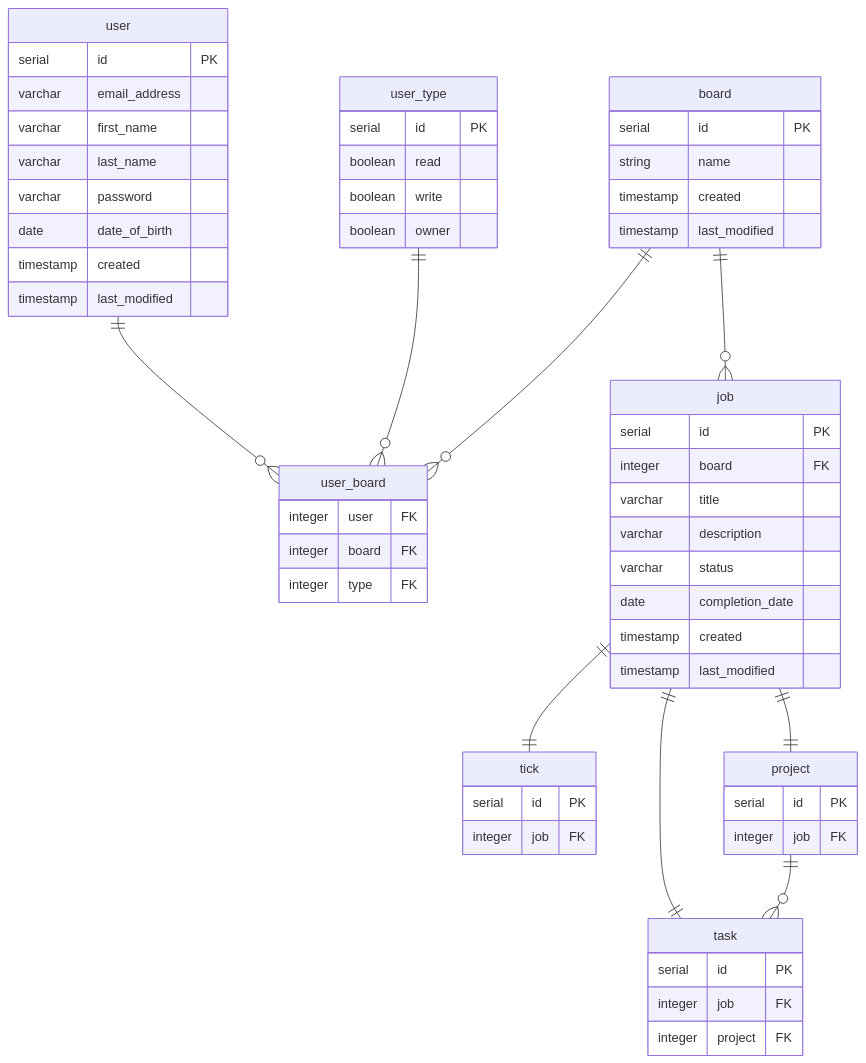
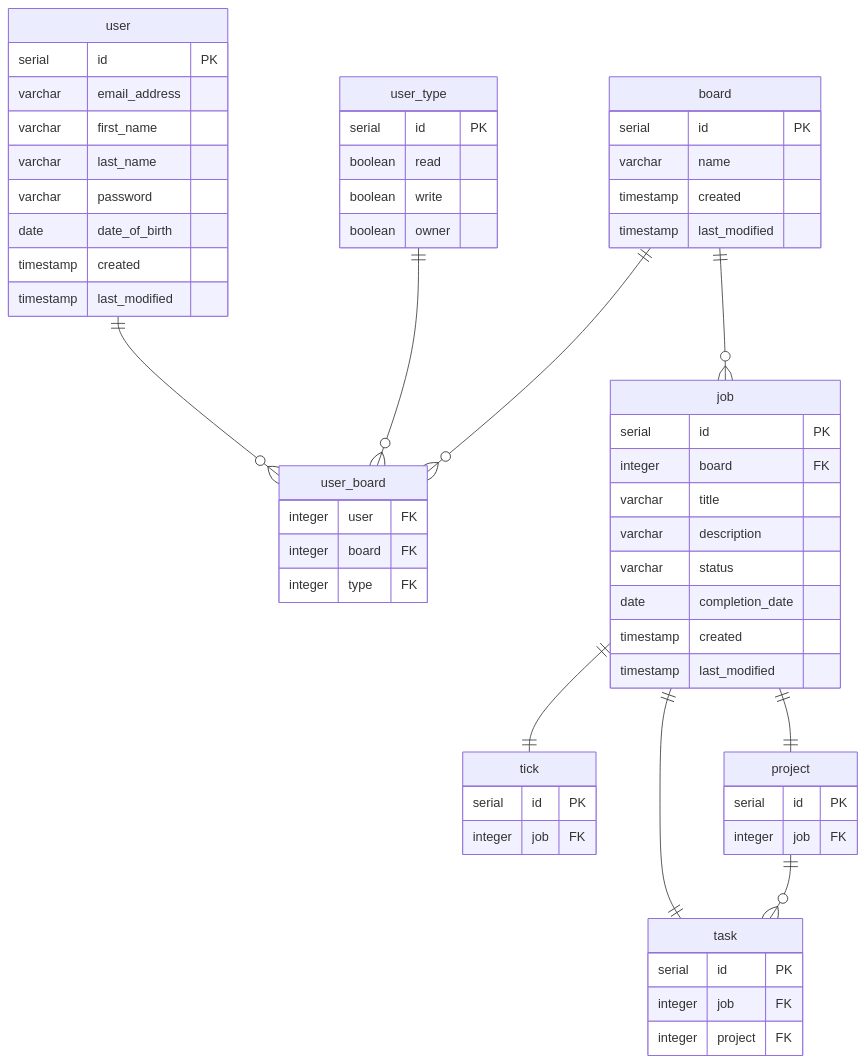
The second of 2 diagrams in README.md (lmckinley09/CoE-Todo), drawn with Mermaid before and after one commit.

````diff
--- a/README.md
+++ b/README.md
@@ -45,70 +45,70 @@
 ```mermaid
 erDiagram
  user ||--o{ user_board : ""
  user_type ||--o{ user_board : ""
  board ||--o{ user_board : ""
  board ||--o{ job : ""
  job ||--|| tick : ""
  job ||--|| task : ""
  job ||--|| project : ""
  project ||--o{ task : ""
 
     user {
         serial id PK
         varchar email_address
         varchar first_name
         varchar last_name
         varchar password
         date date_of_birth
         timestamp created
         timestamp last_modified
     }
     
     user_board {
         integer user FK
         integer board FK
         integer type FK
     }
     
     user_type {
         serial id PK
         boolean read
         boolean write
         boolean owner
     }
     
     board {
         serial id PK
-        string name
+        varchar name
         timestamp created
         timestamp last_modified
     }
     
     job {
         serial id PK
         integer board FK
         varchar title
         varchar description
         varchar status
         date completion_date
         timestamp created
         timestamp last_modified
     }
     
     tick {
         serial id PK
         integer job FK
     }
     
      task {
         serial id PK
         integer job FK
         integer project FK
     }
     
      project {
         serial id PK
         integer job FK
     }
 
 ```
````
